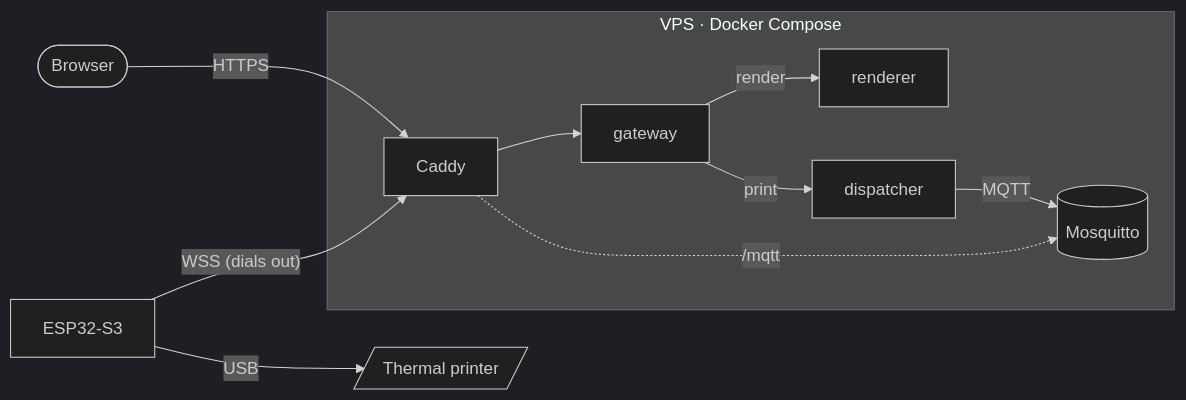
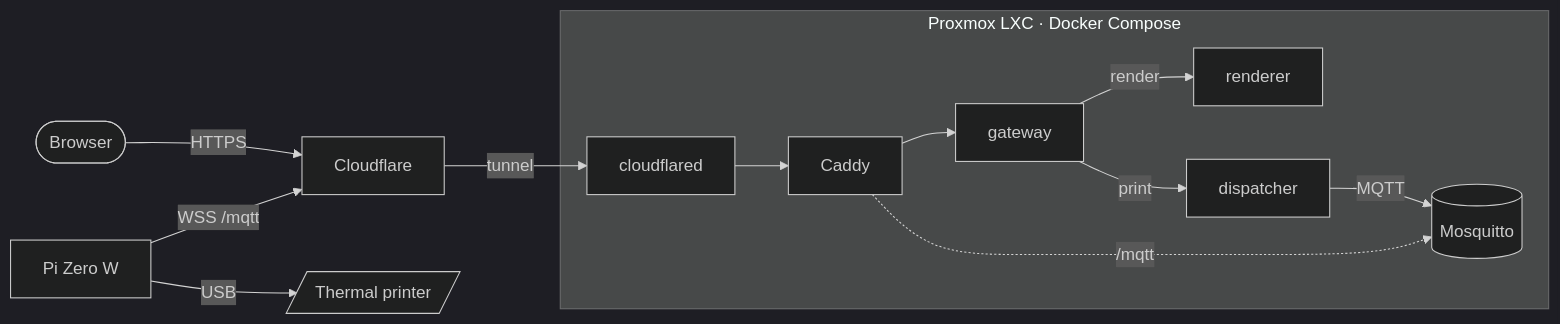
The diagram in README.md (jstader/partyfax), drawn with Mermaid (dark theme) before and after one commit. The commit also changed other lines of this file, not shown here.

````diff
--- a/README.md
+++ b/README.md
@@ -45,14 +40,15 @@
 ```mermaid
 flowchart LR
-    you([Browser]) -- HTTPS --> caddy[Caddy]
-    caddy --> gateway
-    subgraph VPS [VPS · Docker Compose]
-        caddy
+    you([Browser]) -- HTTPS --> cf[Cloudflare]
+    pi[Pi Zero W] -- "WSS /mqtt" --> cf
+    cf -- tunnel --> cloudflared
+    subgraph LXC [Proxmox LXC · Docker Compose]
+        cloudflared --> caddy[Caddy]
+        caddy --> gateway
         gateway -- render --> renderer
         gateway -- print --> dispatcher
         dispatcher -- MQTT --> broker[(Mosquitto)]
+        caddy -. /mqtt .-> broker
     end
-    esp[ESP32-S3] -- "WSS (dials out)" --> caddy
-    caddy -. /mqtt .-> broker
-    esp -- USB --> printer[/Thermal printer/]
+    pi -- USB --> printer[/Thermal printer/]
 ```
````
